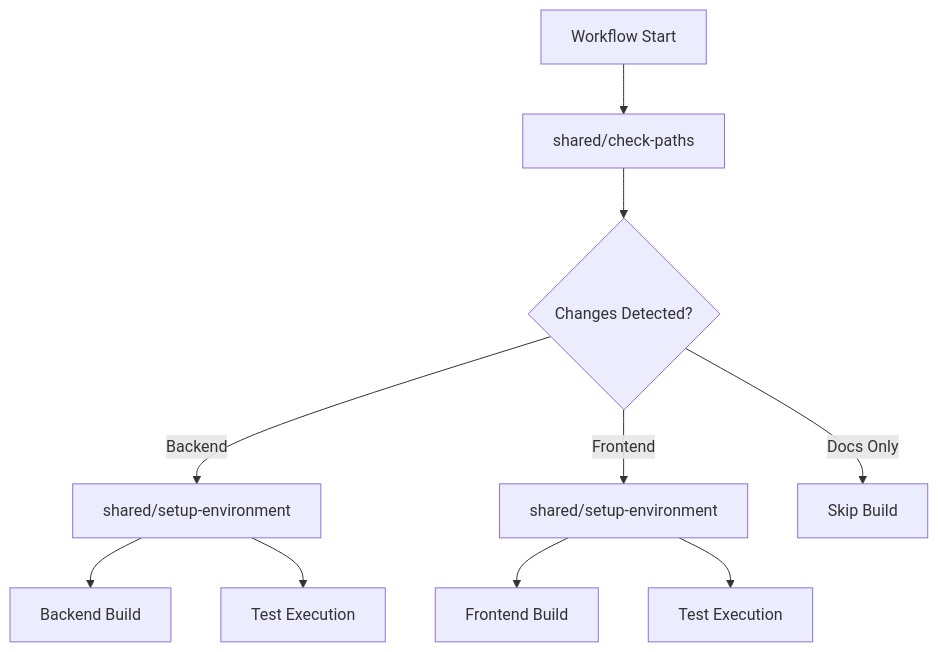
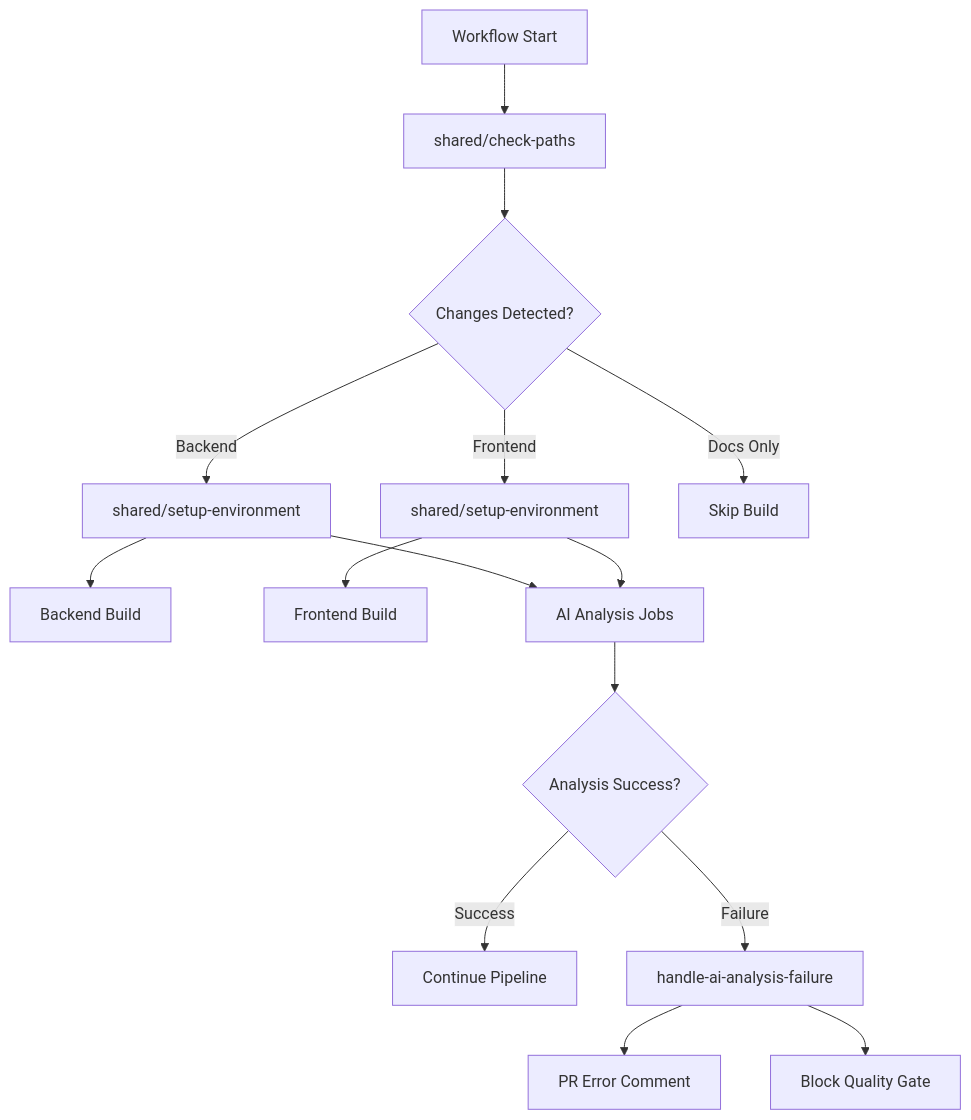
Before and after one commit to Zarichney-Development/zarichney-api: the diagram in .github/actions/README.md, drawn with Mermaid. The commit also changed other lines of this file and 3 other files, not shown here.

First line of the commit message:
refactor: extract duplicated AI analysis error handling to composite action (#75)

````diff
--- a/.github/actions/README.md
+++ b/.github/actions/README.md
@@ -31,15 +34,22 @@
 ```mermaid
 graph TD
     A[Workflow Start] --> B[shared/check-paths]
     B --> C{Changes Detected?}
     
     C -->|Backend| D[shared/setup-environment]
     C -->|Frontend| E[shared/setup-environment]
     C -->|Docs Only| F[Skip Build]
     
     D --> G[Backend Build]
     E --> H[Frontend Build]
     
-    D --> I[Test Execution]
-    E --> J[Test Execution]
+    D --> I[AI Analysis Jobs]
+    E --> I
+    
+    I --> J{Analysis Success?}
+    J -->|Success| K[Continue Pipeline]
+    J -->|Failure| L[handle-ai-analysis-failure]
+    
+    L --> M[PR Error Comment]
+    L --> N[Block Quality Gate]
 ```
````
